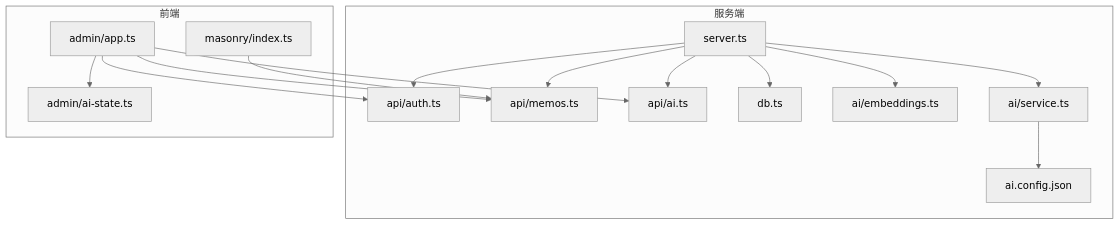
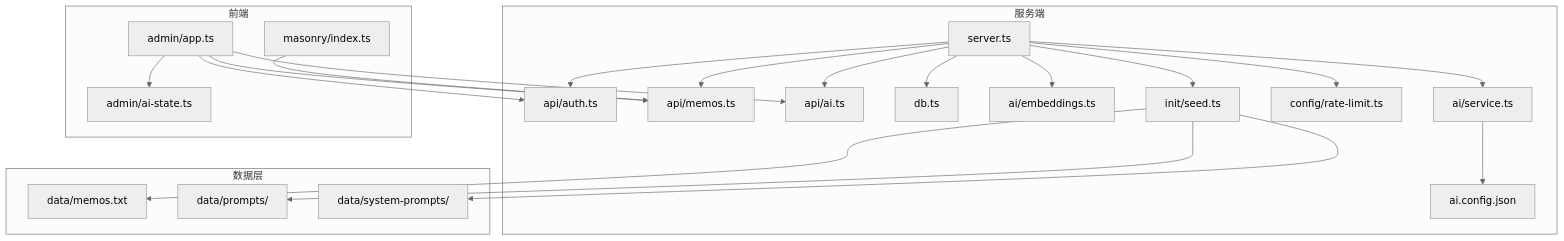
One commit to BlackBoxRecorder/memos changed the second of 11 diagrams in .qoder/repowiki/zh/content/开发指南/开发指南.md. Above: the diagram before and after it, drawn with Mermaid (neutral theme). The commit also changed other lines of this file and 7 other files, not shown here.

````diff
--- a/.qoder/repowiki/zh/content/开发指南/开发指南.md
+++ b/.qoder/repowiki/zh/content/开发指南/开发指南.md
@@ -110,30 +132,42 @@
 ```mermaid
 graph TB
 subgraph "服务端"
 S["server.ts"]
 R1["api/auth.ts"]
 R2["api/memos.ts"]
 R3["api/ai.ts"]
 D["db.ts"]
 E["ai/embeddings.ts"]
 V["ai/service.ts"]
 CFG["ai.config.json"]
+RL["config/rate-limit.ts"]
+SD["init/seed.ts"]
 end
 subgraph "前端"
 M["masonry/index.ts"]
 A["admin/app.ts"]
 AST["admin/ai-state.ts"]
+end
+subgraph "数据层"
+DATA["data/memos.txt"]
+PROMPTS["data/prompts/"]
+SYSPROMPTS["data/system-prompts/"]
 end
 S --> R1
 S --> R2
 S --> R3
 S --> D
 S --> E
 S --> V
+S --> RL
+S --> SD
 V --> CFG
 A --> AST
 M --> R2
 A --> R1
 A --> R2
 A --> R3
+SD --> DATA
+SD --> PROMPTS
+SD --> SYSPROMPTS
 ```
````
